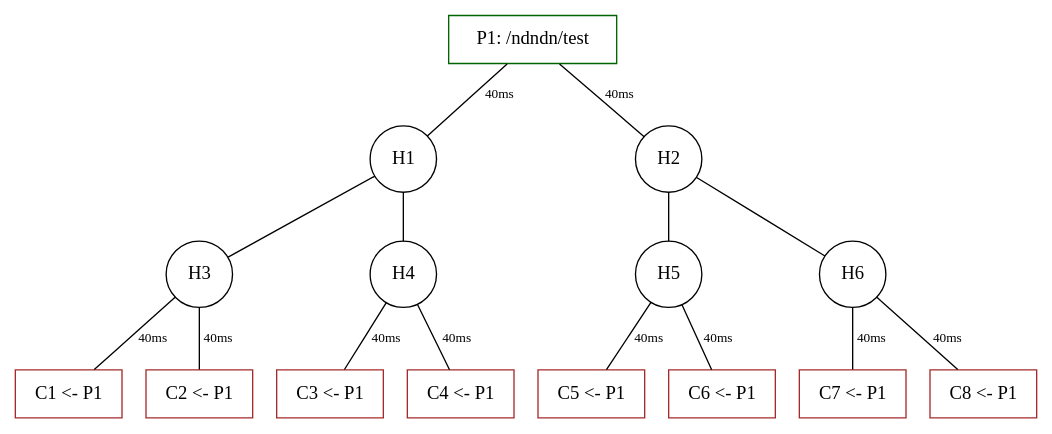
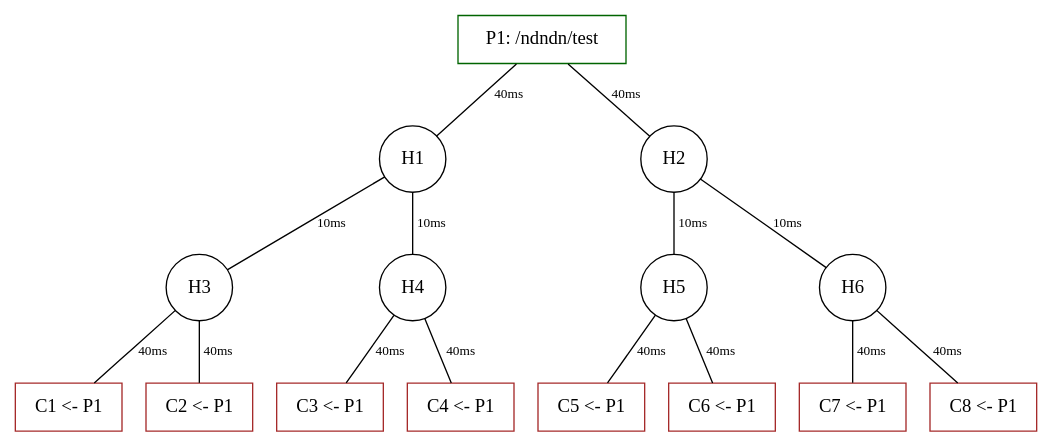
The diagram in ndndn/topologies/bintree8-3.dot (peetonn/ndn-docker), drawn with Graphviz before and after one commit. The commit also changed 2 other files, not shown here.

```diff
--- a/ndndn/topologies/bintree8-3.dot
+++ b/ndndn/topologies/bintree8-3.dot
@@ -1,50 +1,50 @@
 digraph finite_state_machine {
     //layout="dot"
     edge [ arrowhead=none fontsize=10 ];
 
     subgraph hubs { // all hubs should be listed here
         // hub nodes should follow format H + index 
         node [shape = circle, rank = 5];
         H1; H2; H3; H4; H5; H6;
         
-        H1 -> H3;
-        H1 -> H4;
-        H2 -> H5;
-        H2 -> H6;
+        H1 -> H3 [ label = "10ms" ];
+        H1 -> H4 [ label = "10ms" ];
+        H2 -> H5 [ label = "10ms" ];
+        H2 -> H6 [ label = "10ms" ];
     }
 
     subgraph producers { // all producers are listed here
         // producer nodes should follow format P + index
         rank = source
         node [shape=rect, color = darkgreen];
 
         P1 [color = darkgreen, label="P1: /ndndn/test"];
     }
     P1 -> H1 [label = "40ms"];
     P1 -> H2 [label = "40ms"];
 
     subgraph consumers { // all consumer clusters are lister here
         // consumer cluster nodes should follow format C + index
         // the label for consumer cluster should follow format:
         // 		Cx<number of consumers> <- <producer id> [<producer id>, ...]
         rank = sink
         node [shape = rect, color = brown];
         C1 [label = "C1 <- P1"];
         C2 [label = "C2 <- P1"];
         C3 [label = "C3 <- P1"];
         C4 [label = "C4 <- P1"];
         C5 [label = "C5 <- P1"];
         C6 [label = "C6 <- P1"];
         C7 [label = "C7 <- P1"];
         C8 [label = "C8 <- P1"];
     }
 
     C1 -> H3 [label = "40ms"];
     C2 -> H3 [label = "40ms"];
     C3 -> H4 [label = "40ms"];
     C4 -> H4 [label = "40ms"];
     C5 -> H5 [label = "40ms"];
     C6 -> H5 [label = "40ms"];
     C7 -> H6 [label = "40ms"];
     C8 -> H6 [label = "40ms"];
 }
```
